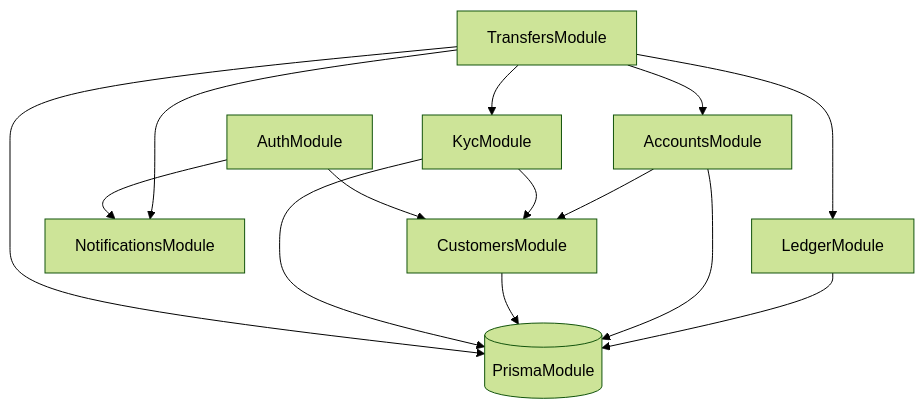
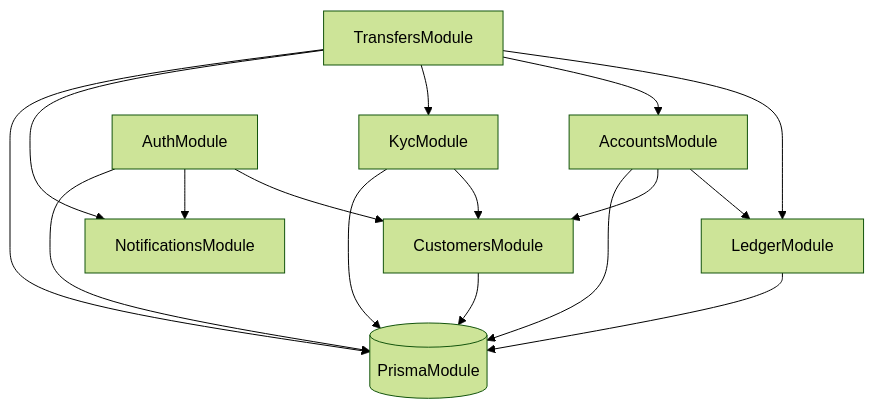
One commit to devhenode/Banking-API changed the second of 3 diagrams in docs/DESIGN.md. Above: the diagram before and after it, drawn with Mermaid (forest theme). The commit also changed other lines of this file and 3 other files, not shown here.

````diff
--- a/docs/DESIGN.md
+++ b/docs/DESIGN.md
@@ -262,16 +279,18 @@
 ```mermaid
 flowchart TD
     T[TransfersModule] --> L[LedgerModule]
     T --> A[AccountsModule]
     T --> K[KycModule]
     T --> N[NotificationsModule]
+    A --> L
     A --> C[CustomersModule]
     K --> C
     AU[AuthModule] --> C
     AU --> N
     L --> P[(PrismaModule)]
     A --> P
     C --> P
     K --> P
     T --> P
+    AU --> P
 ```
````
